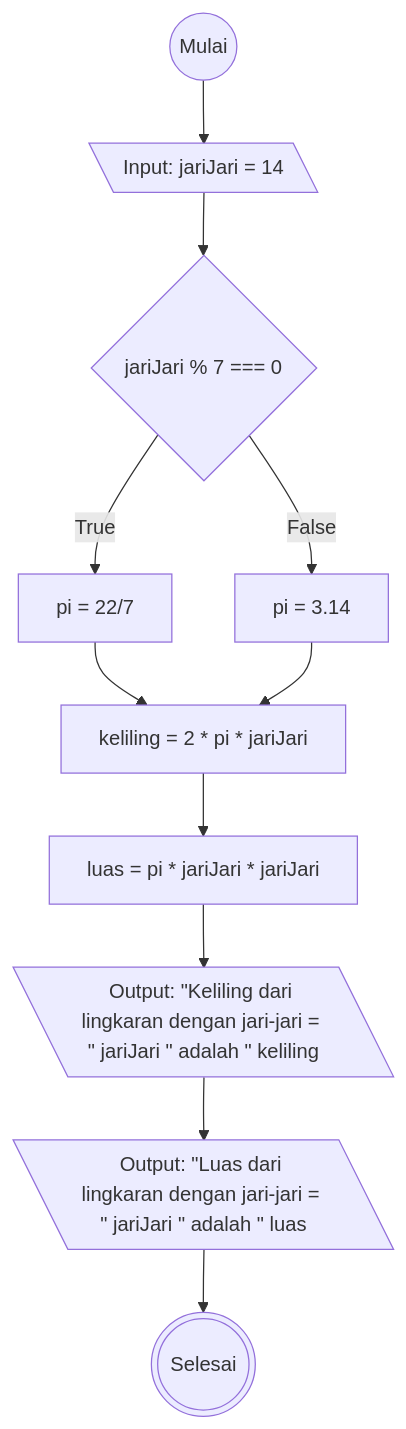
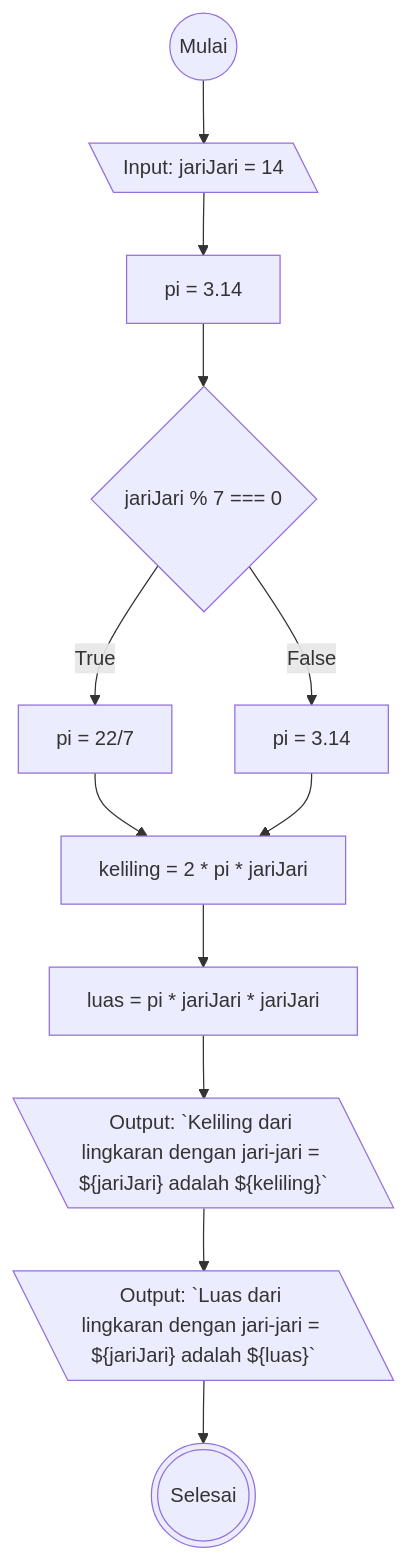
One commit to rezafauzan/koda-b6-javascript1 changed the diagram in README.md. Above: the diagram before and after it, drawn with Mermaid. The commit also changed 1 other file, not shown here.

Commit message:
Patch: add default value for pi and improve flowchart to better match with code

````diff
--- a/README.md
+++ b/README.md
@@ -4,19 +4,20 @@
 ```mermaid
 flowchart TD
 
 start@{"shape": circle, "label": "Mulai"}
 jarijari@{"shape": lean-l, "label":"Input: jariJari = 14"}
+declarePi@{"shape": rectangle, "label": "pi = 3.14"}
 isjariJariMultipleSeven@{"shape": diamond, "label": "jariJari % 7 === 0"}
 pi227@{"shape": rectangle, "label": pi = 22/7}
 circumference@{"shape": rectangle, "label": keliling = 2 * pi * jariJari}
 pi314@{"shape": rectangle, "label": pi = 3.14}
 circumference@{"shape": rectangle, "label": keliling = 2 * pi * jariJari}
 area@{"shape": rectangle, "label": luas = pi * jariJari * jariJari}
-circumferenceOutput@{"shape": lean-l, "label": "Output: #quot;Keliling dari lingkaran dengan jari-jari = #quot; jariJari #quot; adalah #quot; keliling"}
-areaOutput@{"shape": lean-l, "label": "Output: #quot;Luas dari lingkaran dengan jari-jari = #quot; jariJari #quot; adalah #quot; luas"}
+circumferenceOutput@{"shape": lean-l, "label": "Output: `Keliling dari lingkaran dengan jari-jari = ${jariJari} adalah ${keliling}`"}
+areaOutput@{"shape": lean-l, "label": "Output: `Luas dari lingkaran dengan jari-jari = ${jariJari} adalah ${luas}`"}
 stop@{"shape": dbl-circ, "label": "Selesai"}
 
-start-->jarijari-->isjariJariMultipleSeven--True-->pi227-->circumference-->area-->circumferenceOutput-->areaOutput-->stop
+start-->jarijari-->declarePi-->isjariJariMultipleSeven--True-->pi227-->circumference-->area-->circumferenceOutput-->areaOutput-->stop
 
 isjariJariMultipleSeven--False-->pi314-->circumference
 ```
````
